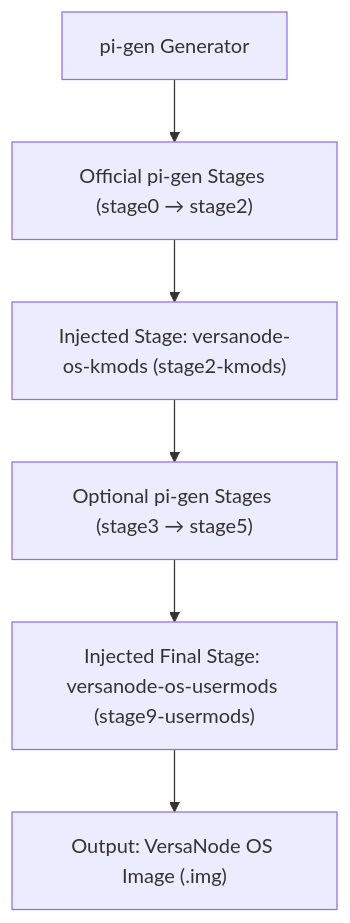
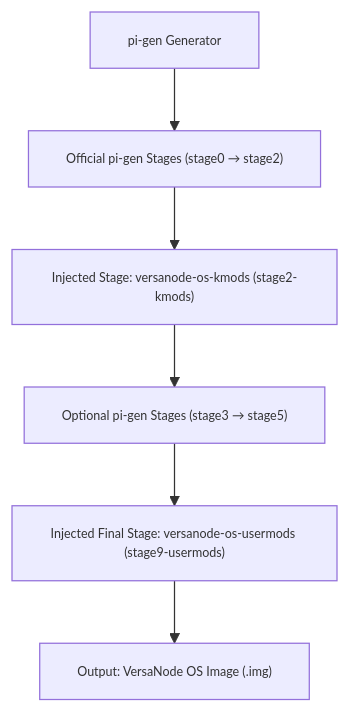
Before and after one commit to Versa-Node/versanode-os: the diagram in README.md, drawn with Mermaid. The commit also changed other lines of this file, not shown here.

````diff
--- a/README.md
+++ b/README.md
@@ -34,8 +34,9 @@
 ```mermaid
+%%{init: {"theme": "default", "themeVariables": { "fontSize": "10px", "fontFamily": "Arial", "lineHeight": "1", "nodeSpacing": "10", "rankSpacing": "10"}}}%%
 flowchart TD
     A["pi-gen Generator"] --> B["Official pi-gen Stages (stage0 → stage2)"]
     B --> C["Injected Stage: versanode-os-kmods (stage2-kmods)"]
     C --> D["Optional pi-gen Stages (stage3 → stage5)"]
     D --> E["Injected Final Stage: versanode-os-usermods (stage9-usermods)"]
     E --> F["Output: VersaNode OS Image (.img)"]
 ```
````
